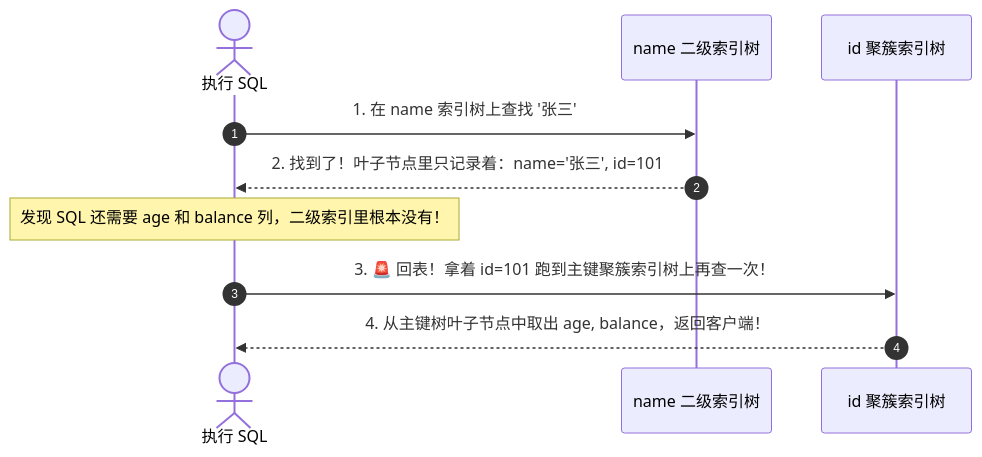
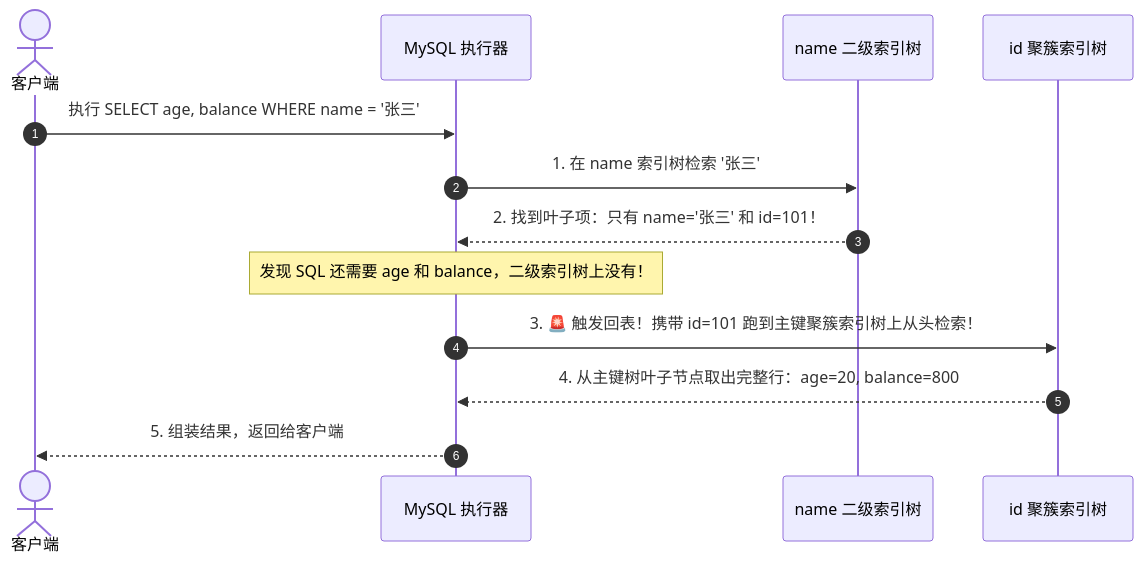
One commit to GuoWWWX/knowledge-base changed the fourth of 6 diagrams in 20-Java后端/05-数据库与存储/01-MySQL索引原理-B+树.md. Above: the diagram before and after it, drawn with Mermaid. The commit also changed other lines of this file and 2 other files, not shown here.

````diff
--- a/20-Java后端/05-数据库与存储/01-MySQL索引原理-B+树.md
+++ b/20-Java后端/05-数据库与存储/01-MySQL索引原理-B+树.md
@@ -138,13 +205,16 @@
 ```mermaid
 sequenceDiagram
     autonumber
-    actor SQL as 执行 SQL
+    actor Client as 客户端
+    participant Server as MySQL 执行器
     participant Sec as name 二级索引树
     participant Pri as id 聚簇索引树
 
-    SQL->>Sec: 1. 在 name 索引树上查找 '张三'
-    Sec-->>SQL: 2. 找到了！叶子节点里只记录着：name='张三', id=101
-    Note over SQL: 发现 SQL 还需要 age 和 balance 列，二级索引里根本没有！
-    SQL->>Pri: 3. 🚨 回表！拿着 id=101 跑到主键聚簇索引树上再查一次！
-    Pri-->>SQL: 4. 从主键树叶子节点中取出 age, balance，返回客户端！
+    Client->>Server: 执行 SELECT age, balance WHERE name = '张三'
+    Server->>Sec: 1. 在 name 索引树检索 '张三'
+    Sec-->>Server: 2. 找到叶子项：只有 name='张三' 和 id=101！
+    Note over Server: 发现 SQL 还需要 age 和 balance，二级索引树上没有！
+    Server->>Pri: 3. 🚨 触发回表！携带 id=101 跑到主键聚簇索引树上从头检索！
+    Pri-->>Server: 4. 从主键树叶子节点取出完整行：age=20, balance=800
+    Server-->>Client: 5. 组装结果，返回给客户端
 ```
````
